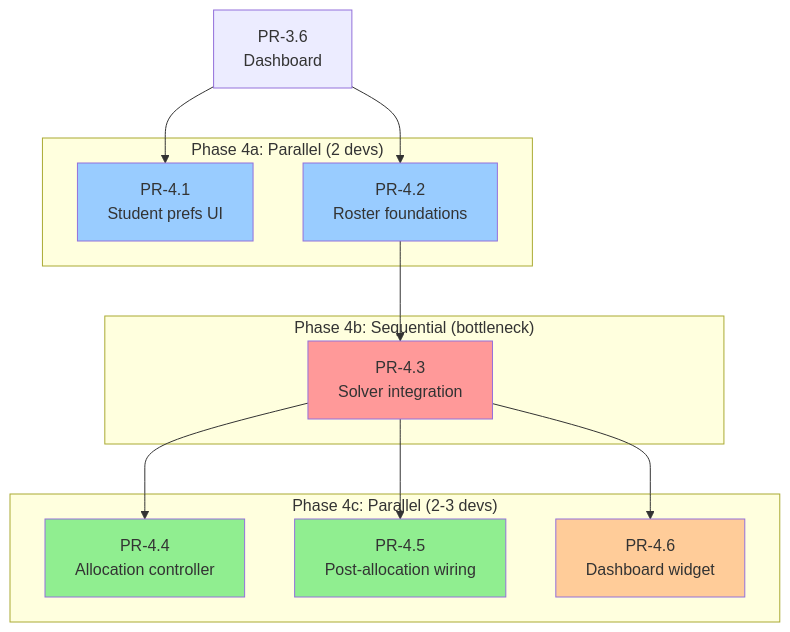
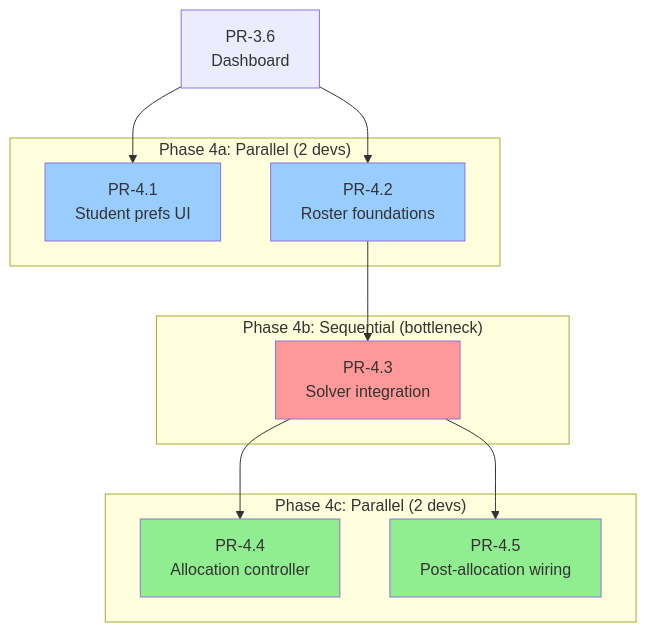
The third of 13 diagrams in architecture/src/features/parallelization.md (MaMpf-HD/mampf), drawn with Mermaid before and after one commit. The commit also changed other lines of this file and 12 other files, not shown here.

````diff
--- a/architecture/src/features/parallelization.md
+++ b/architecture/src/features/parallelization.md
@@ -199,33 +194,30 @@
 ```mermaid
 graph TD
     PR36[PR-3.6<br/>Dashboard]
-    
+
     subgraph "Phase 4a: Parallel (2 devs)"
         PR41[PR-4.1<br/>Student prefs UI]
         PR42[PR-4.2<br/>Roster foundations]
     end
-    
+
     subgraph "Phase 4b: Sequential (bottleneck)"
         PR43[PR-4.3<br/>Solver integration]
     end
-    
-    subgraph "Phase 4c: Parallel (2-3 devs)"
+
+    subgraph "Phase 4c: Parallel (2 devs)"
         PR44[PR-4.4<br/>Allocation controller]
         PR45[PR-4.5<br/>Post-allocation wiring]
-        PR46[PR-4.6<br/>Dashboard widget]
     end
-    
+
     PR36 --> PR41
     PR36 --> PR42
     PR42 --> PR43
     PR43 --> PR44
     PR43 --> PR45
-    PR43 --> PR46
-    
+
     style PR41 fill:#99ccff
     style PR42 fill:#99ccff
     style PR43 fill:#ff9999
     style PR44 fill:#90ee90
     style PR45 fill:#90ee90
-    style PR46 fill:#ffcc99
 ```
````
